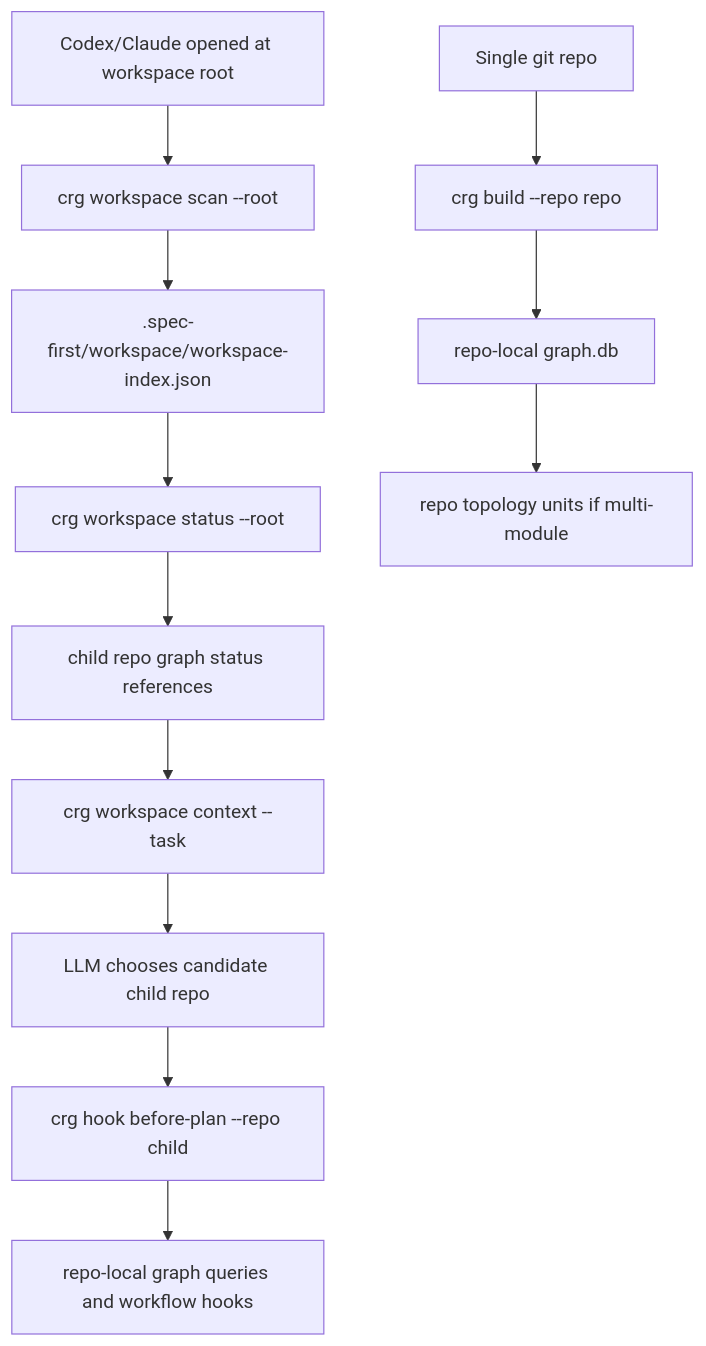
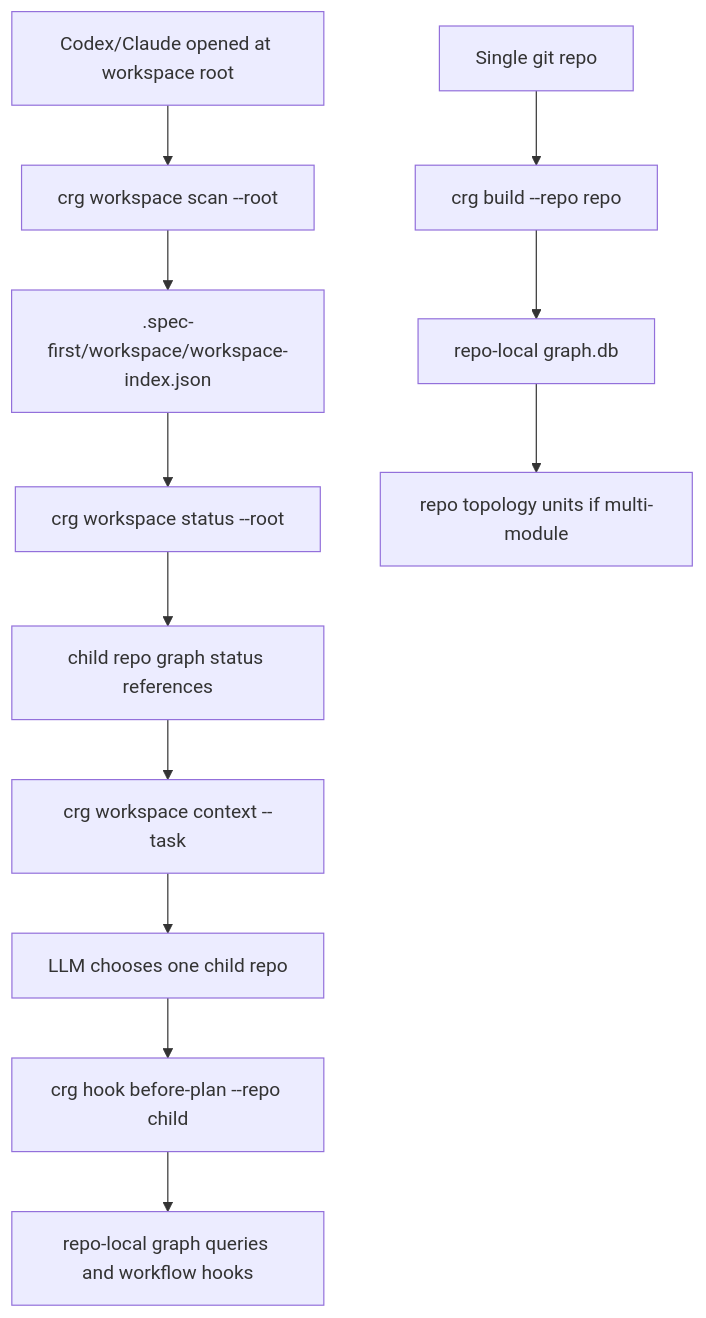
The diagram in docs/plans/2026-04-26-003-feat-crg-workspace-topology-plan.md (ajiao7240/spec-first), drawn with Mermaid before and after one commit. The commit also changed other lines of this file and 95 other files, not shown here.

````diff
--- a/docs/plans/2026-04-26-003-feat-crg-workspace-topology-plan.md
+++ b/docs/plans/2026-04-26-003-feat-crg-workspace-topology-plan.md
@@ -164,15 +170,15 @@
 ```mermaid
 flowchart TD
   A[Codex/Claude opened at workspace root] --> B[crg workspace scan --root]
   B --> C[.spec-first/workspace/workspace-index.json]
   C --> D[crg workspace status --root]
   D --> E[child repo graph status references]
   E --> F[crg workspace context --task]
-  F --> G[LLM chooses candidate child repo]
+  F --> G[LLM chooses one child repo]
   G --> H[crg hook before-plan --repo child]
   H --> I[repo-local graph queries and workflow hooks]
 
   J[Single git repo] --> K[crg build --repo repo]
   K --> L[repo-local graph.db]
   L --> M[repo topology units if multi-module]
 ```
````
